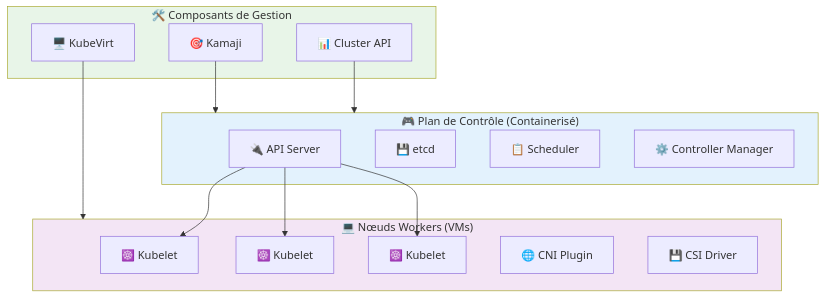
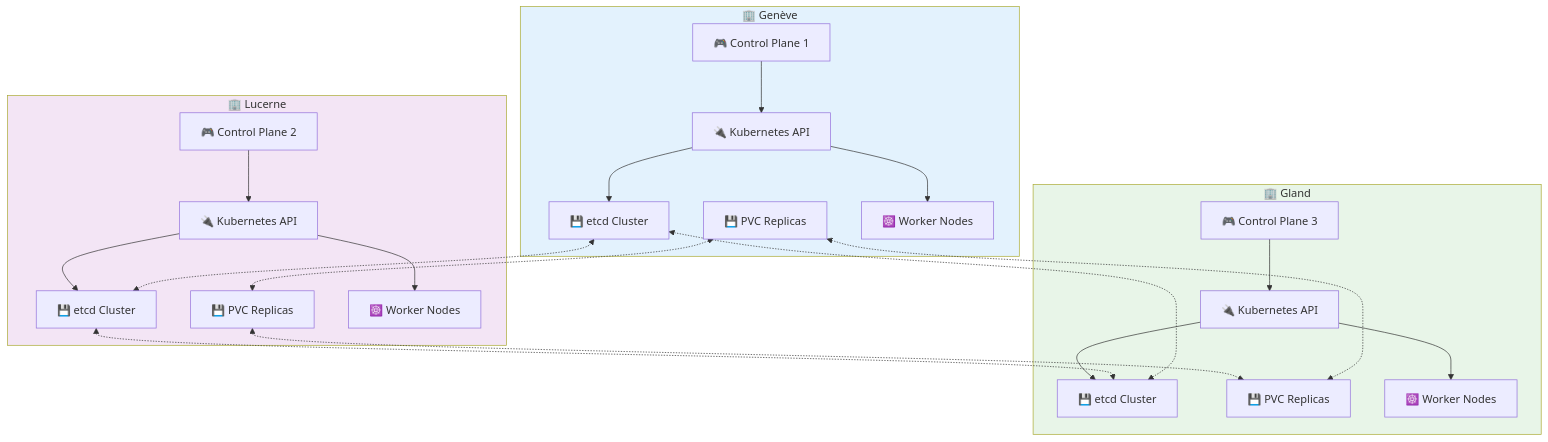
One commit to HidoraSwiss/hikube-public-doc changed the diagram in versioned_docs/version-2.0/services/kubernetes/overview.md. Above: the diagram before and after it, drawn with Mermaid. The commit also changed other lines of this file and 2 other files, not shown here.

Commit message:
feat: refine virtual machines documentation for clarity and completeness
- Updated the virtual machines overview to enhance performance recommendations by removing redundant phrasing.
- Streamlined the quick start guide by removing checklist formatting for prerequisites and objectives, improving readability.
- Added detailed access methods for VMs, including SSH and console options, to provide clearer instructions for users.
- Enhanced the Kubernetes overview with a focus on multi-datacenter architecture and resilience features, ensuring comprehensive coverage of the service.

````diff
--- a/versioned_docs/version-2.0/services/kubernetes/overview.md
+++ b/versioned_docs/version-2.0/services/kubernetes/overview.md
@@ -37,35 +37,50 @@
 ```mermaid
 flowchart TD
-    subgraph CP["🎮 Plan de Contrôle (Containerisé)"]
-        API["🔌 API Server"]
-        ETCD["💾 etcd"]
-        SCHED["📋 Scheduler"]
-        CM["⚙️ Controller Manager"]
+    subgraph DC1["🏢 Genève"]
+        CP1["🎮 Control Plane 1"]
+        API1["🔌 Kubernetes API"]
+        ETCD1["💾 etcd Cluster"]
+        PVC1["💾 PVC Replicas"]
+        WN1["☸️ Worker Nodes"]
     end
     
-    subgraph WN["💻 Nœuds Workers (VMs)"]
-        K1["☸️ Kubelet"]
-        K2["☸️ Kubelet"]
-        K3["☸️ Kubelet"]
-        CNI["🌐 CNI Plugin"]
-        CSI["💾 CSI Driver"]
+    subgraph DC2["🏢 Lucerne"]
+        CP2["🎮 Control Plane 2"]
+        API2["🔌 Kubernetes API"]
+        ETCD2["💾 etcd Cluster"]
+        PVC2["💾 PVC Replicas"]
+        WN2["☸️ Worker Nodes"]
     end
     
-    subgraph MGMT["🛠️ Composants de Gestion"]
-        CAPI["📊 Cluster API"]
-        KAMAJI["🎯 Kamaji"]
-        KUBEVIRT["🖥️ KubeVirt"]
+    subgraph DC3["🏢 Gland"]
+        CP3["🎮 Control Plane 3"]
+        API3["🔌 Kubernetes API"]
+        ETCD3["💾 etcd Cluster"]
+        PVC3["💾 PVC Replicas"]
+        WN3["☸️ Worker Nodes"]
     end
     
-    API --> K1
-    API --> K2
-    API --> K3
+    CP1 --> API1
+    CP2 --> API2
+    CP3 --> API3
     
-    CAPI --> CP
-    KAMAJI --> CP
-    KUBEVIRT --> WN
+    API1 --> ETCD1
+    API2 --> ETCD2
+    API3 --> ETCD3
     
-    style CP fill:#e3f2fd
-    style WN fill:#f3e5f5
-    style MGMT fill:#e8f5e8
+    ETCD1 <-.-> ETCD2
+    ETCD2 <-.-> ETCD3
+    ETCD3 <-.-> ETCD1
+    
+    PVC1 <-.-> PVC2
+    PVC2 <-.-> PVC3
+    PVC3 <-.-> PVC1
+    
+    API1 --> WN1
+    API2 --> WN2
+    API3 --> WN3
+    
+    style DC1 fill:#e3f2fd
+    style DC2 fill:#f3e5f5
+    style DC3 fill:#e8f5e8
 ```
````
